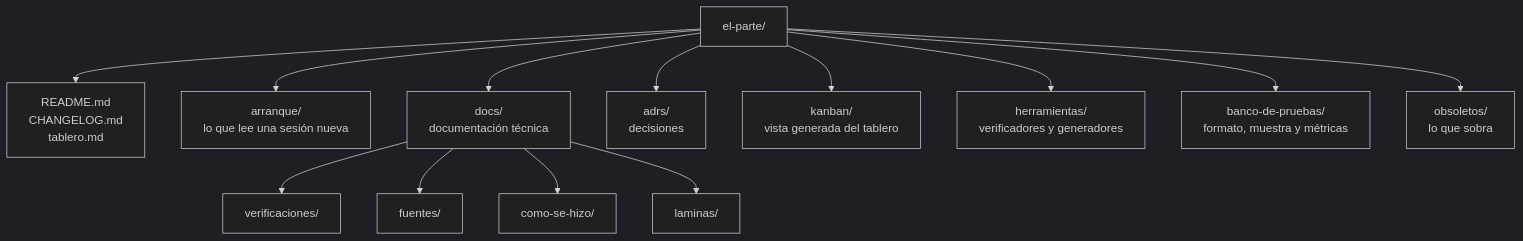
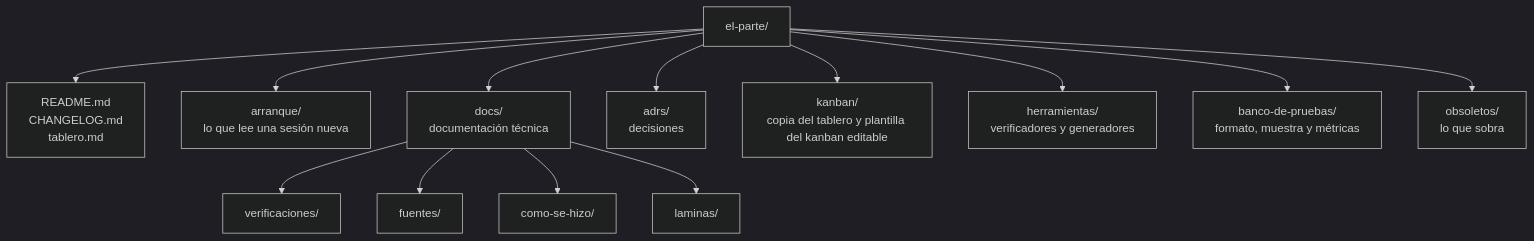
One commit to andresdiegolanda/el-parte changed the diagram in arranque/mapa.md. Above: the diagram before and after it, drawn with Mermaid (dark theme). The commit also changed other lines of this file and 16 other files, not shown here.

First line of the commit message:
Kanban editable, sincronizado con el tablero (T28, ADR 0009)

````diff
--- a/arranque/mapa.md
+++ b/arranque/mapa.md
@@ -5,15 +5,15 @@
 ```mermaid
 flowchart TD
     R[el-parte/] --> RM[README.md<br/>CHANGELOG.md<br/>tablero.md]
     R --> AR[arranque/<br/>lo que lee una sesión nueva]
     R --> DO[docs/<br/>documentación técnica]
     R --> AD[adrs/<br/>decisiones]
-    R --> KA[kanban/<br/>vista generada del tablero]
+    R --> KA[kanban/<br/>copia del tablero y plantilla del kanban editable]
     R --> HE[herramientas/<br/>verificadores y generadores]
     R --> BP[banco-de-pruebas/<br/>formato, muestra y métricas]
     R --> OB[obsoletos/<br/>lo que sobra]
     DO --> DV[verificaciones/]
     DO --> DF[fuentes/]
     DO --> DC[como-se-hizo/]
     DO --> DL[laminas/]
 ```
````
